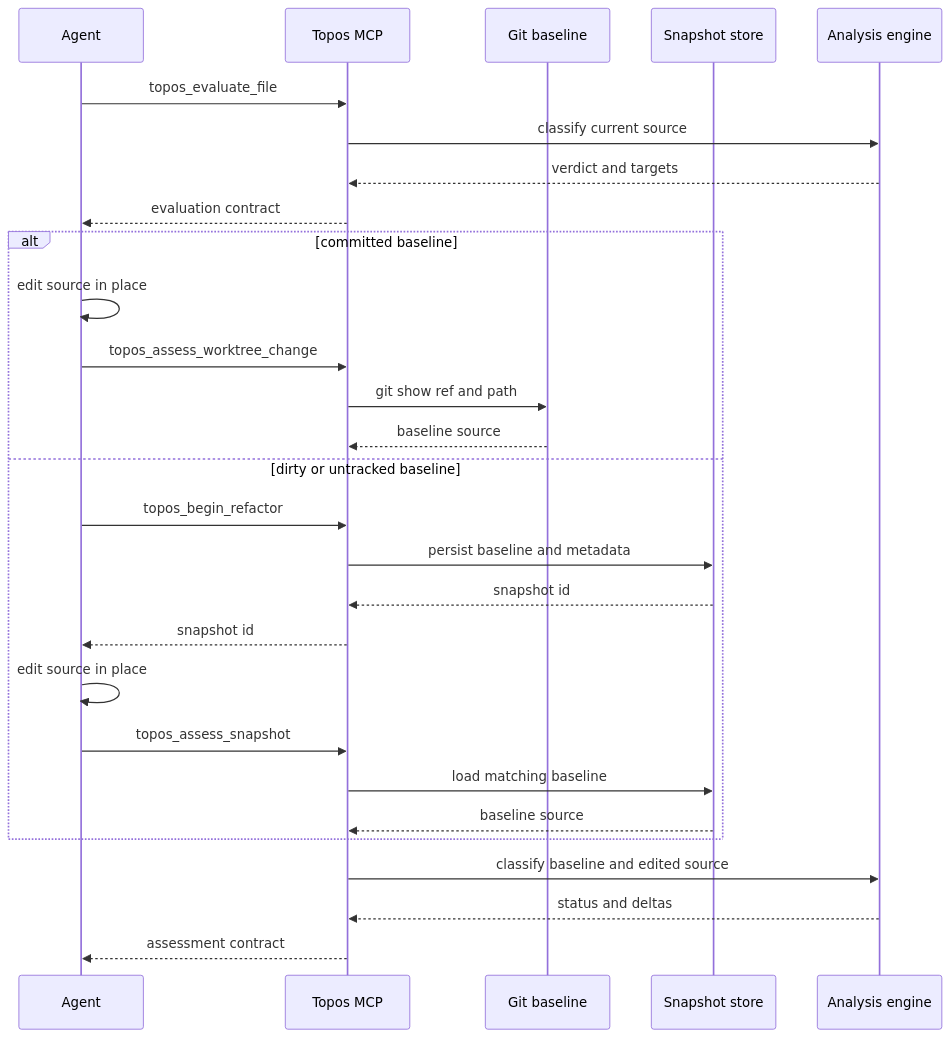
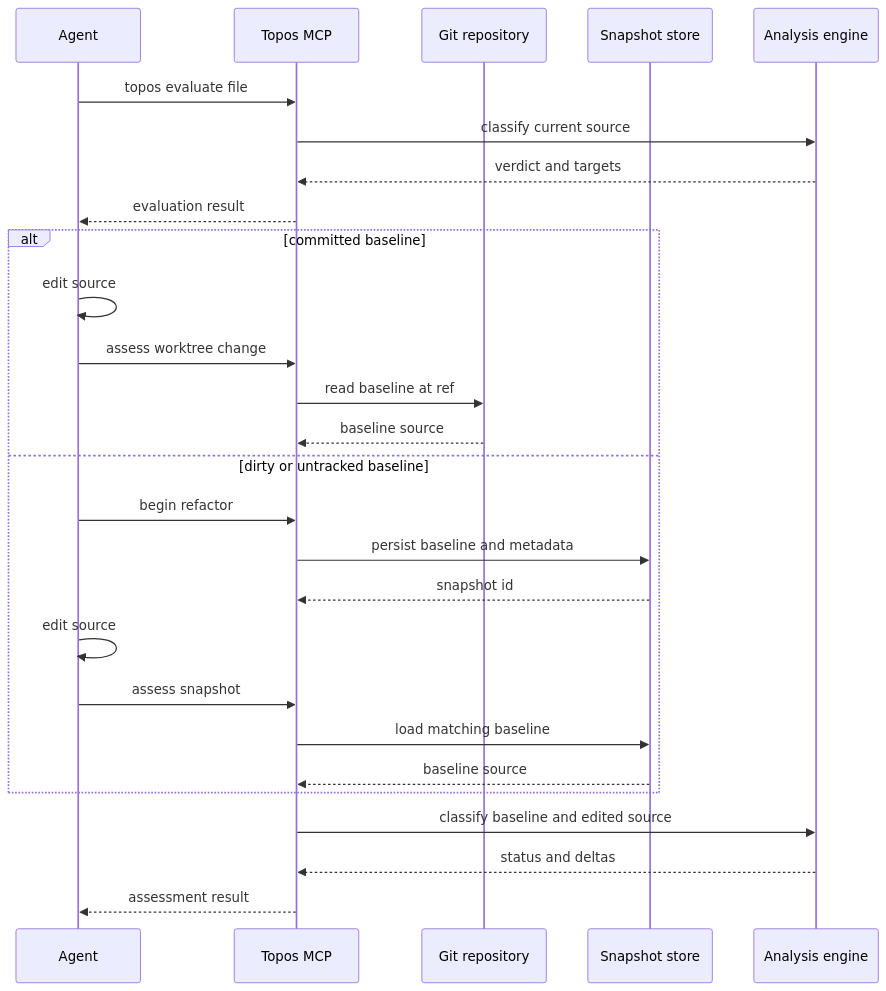
The second of 2 diagrams in openwiki/workflows/agent-and-cli.md (Krv-Labs/topos), drawn with Mermaid before and after one commit. The commit also changed other lines of this file and 21 other files, not shown here.

````diff
--- a/openwiki/workflows/agent-and-cli.md
+++ b/openwiki/workflows/agent-and-cli.md
@@ -140,30 +155,29 @@
 ```mermaid
 sequenceDiagram
     participant Agent
     participant Mcp as Topos MCP
-    participant Git as Git baseline
+    participant Git as Git repository
     participant Store as Snapshot store
     participant Engine as Analysis engine
-    Agent->>Mcp: topos_evaluate_file
+    Agent->>Mcp: topos evaluate file
     Mcp->>Engine: classify current source
     Engine-->>Mcp: verdict and targets
-    Mcp-->>Agent: evaluation contract
+    Mcp-->>Agent: evaluation result
     alt committed baseline
-        Agent->>Agent: edit source in place
-        Agent->>Mcp: topos_assess_worktree_change
-        Mcp->>Git: git show ref and path
+        Agent->>Agent: edit source
+        Agent->>Mcp: assess worktree change
+        Mcp->>Git: read baseline at ref
         Git-->>Mcp: baseline source
     else dirty or untracked baseline
-        Agent->>Mcp: topos_begin_refactor
+        Agent->>Mcp: begin refactor
         Mcp->>Store: persist baseline and metadata
         Store-->>Mcp: snapshot id
-        Mcp-->>Agent: snapshot id
-        Agent->>Agent: edit source in place
-        Agent->>Mcp: topos_assess_snapshot
+        Agent->>Agent: edit source
+        Agent->>Mcp: assess snapshot
         Mcp->>Store: load matching baseline
         Store-->>Mcp: baseline source
     end
     Mcp->>Engine: classify baseline and edited source
     Engine-->>Mcp: status and deltas
-    Mcp-->>Agent: assessment contract
+    Mcp-->>Agent: assessment result
 ```
````
